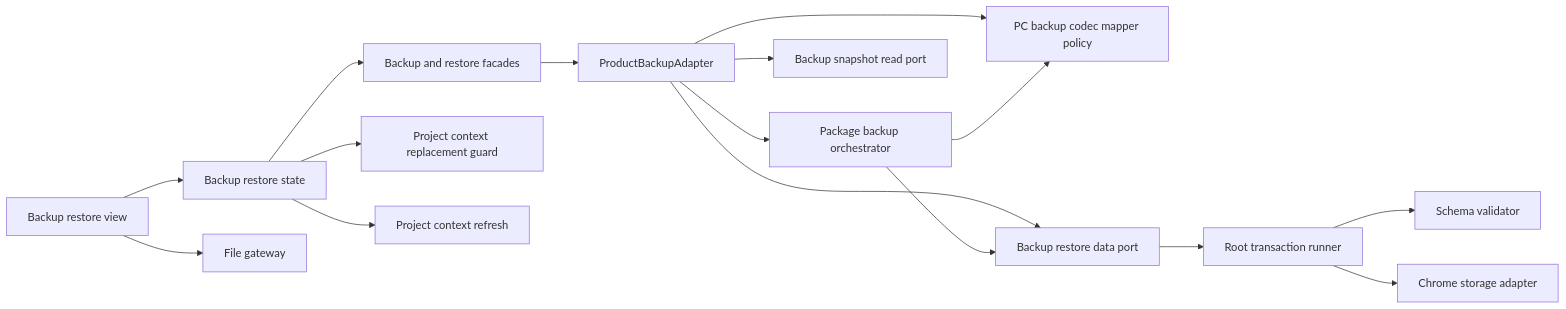
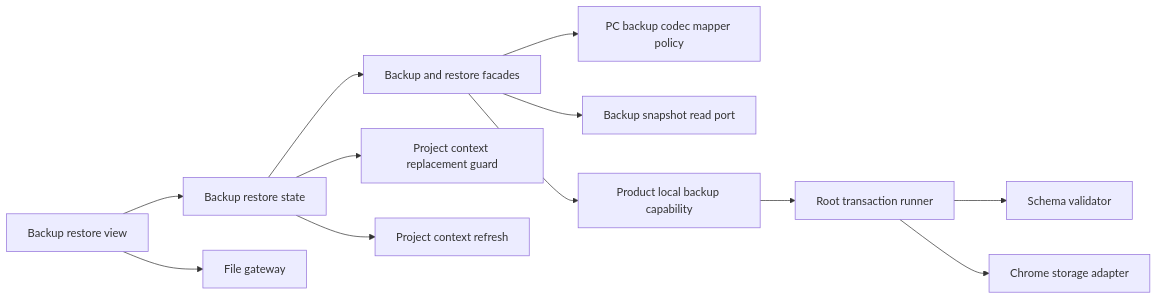
The first of 3 diagrams in .kiro/specs/backup-restore/design.md (Huruikagi/pc-build-planner), drawn with Mermaid before and after one commit. The commit also changed other lines of this file and 29 other files, not shown here.

Commit message:
feat(local-data-foundation): characterize product runtime

````diff
--- a/.kiro/specs/backup-restore/design.md
+++ b/.kiro/specs/backup-restore/design.md
@@ -105,18 +103,14 @@
 ```mermaid
 graph LR
     View[Backup restore view] --> State[Backup restore state]
     View --> File[File gateway]
     State --> Facade[Backup and restore facades]
     State --> Guard[Project context replacement guard]
     State --> Context[Project context refresh]
-    Facade --> Adapter[ProductBackupAdapter]
-    Adapter --> Generic[Package backup orchestrator]
-    Adapter --> Codec[PC backup codec mapper policy]
-    Adapter --> Snapshot[Backup snapshot read port]
-    Adapter --> Foundation[Backup restore data port]
-    Generic --> Codec
-    Generic --> Foundation
+    Facade --> Codec[PC backup codec mapper policy]
+    Facade --> Snapshot[Backup snapshot read port]
+    Facade --> Foundation[Product local backup capability]
     Foundation --> Runner[Root transaction runner]
     Runner --> Schema[Schema validator]
     Runner --> Storage[Chrome storage adapter]
 ```
````
